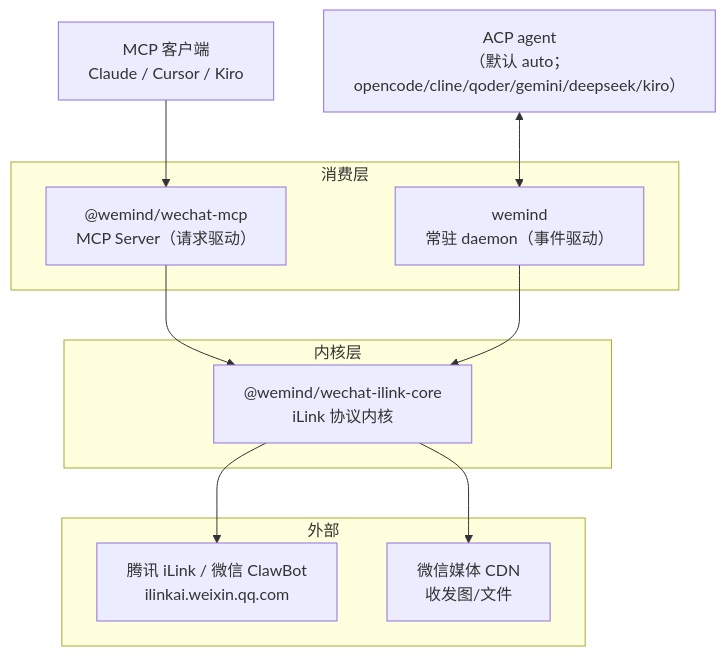
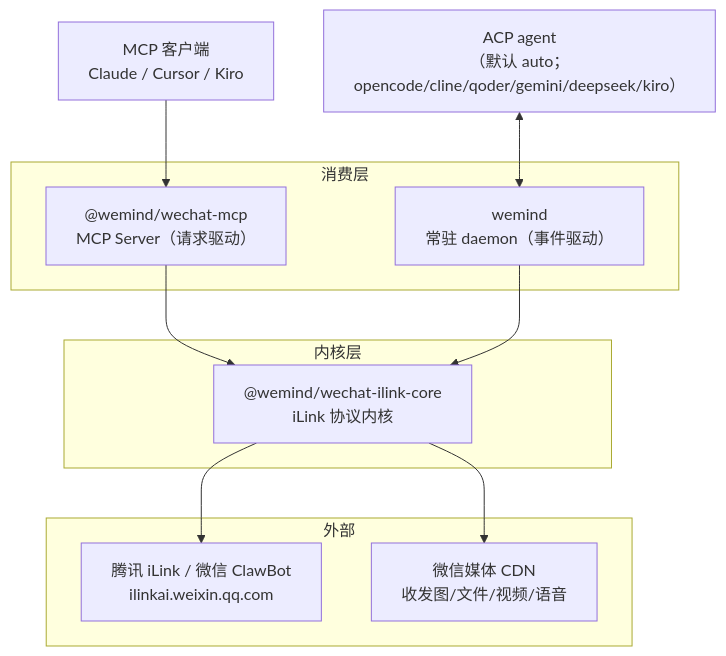
One commit to imwangpan/WeMind changed the first of 6 diagrams in docs/repowiki/02-系统架构.md. Above: the diagram before and after it, drawn with Mermaid. The commit also changed other lines of this file and 55 other files, not shown here.

````diff
--- a/docs/repowiki/02-系统架构.md
+++ b/docs/repowiki/02-系统架构.md
@@ -13,20 +13,20 @@
 ```mermaid
 graph TD
     subgraph 消费层
         MCP["@wemind/wechat-mcp<br/>MCP Server（请求驱动）"]
         DAEMON["wemind<br/>常驻 daemon（事件驱动）"]
     end
     subgraph 内核层
         CORE["@wemind/wechat-ilink-core<br/>iLink 协议内核"]
     end
     subgraph 外部
         ILINK["腾讯 iLink / 微信 ClawBot<br/>ilinkai.weixin.qq.com"]
-        CDN["微信媒体 CDN<br/>收发图/文件"]
+        CDN["微信媒体 CDN<br/>收发图/文件/视频/语音"]
     end
     MCPCLIENT["MCP 客户端<br/>Claude / Cursor / Kiro"] --> MCP
     BRAIN["ACP agent<br/>（默认 auto；opencode/cline/qoder/gemini/deepseek/kiro）"] <--> DAEMON
     MCP --> CORE
     DAEMON --> CORE
     CORE --> ILINK
     CORE --> CDN
 ```
````
